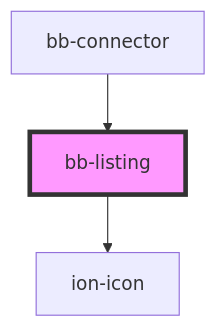
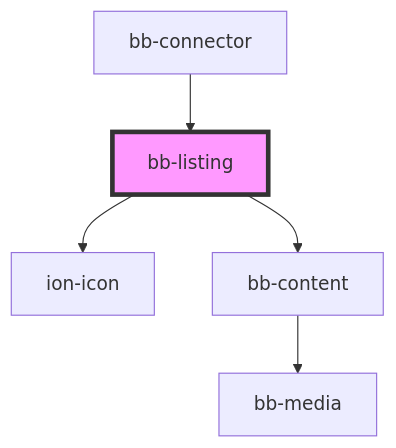
Before and after one commit to BoaterBase/bb-components: the diagram in src/components/bb-listing/readme.md, drawn with Mermaid. The commit also changed other lines of this file and 19 other files, not shown here.

Commit message:
content media

````diff
--- a/src/components/bb-listing/readme.md
+++ b/src/components/bb-listing/readme.md
@@ -27,6 +28,8 @@
 ```mermaid
 graph TD;
   bb-listing --> ion-icon
+  bb-listing --> bb-content
+  bb-content --> bb-media
   bb-connector --> bb-listing
   style bb-listing fill:#f9f,stroke:#333,stroke-width:4px
 ```
````
